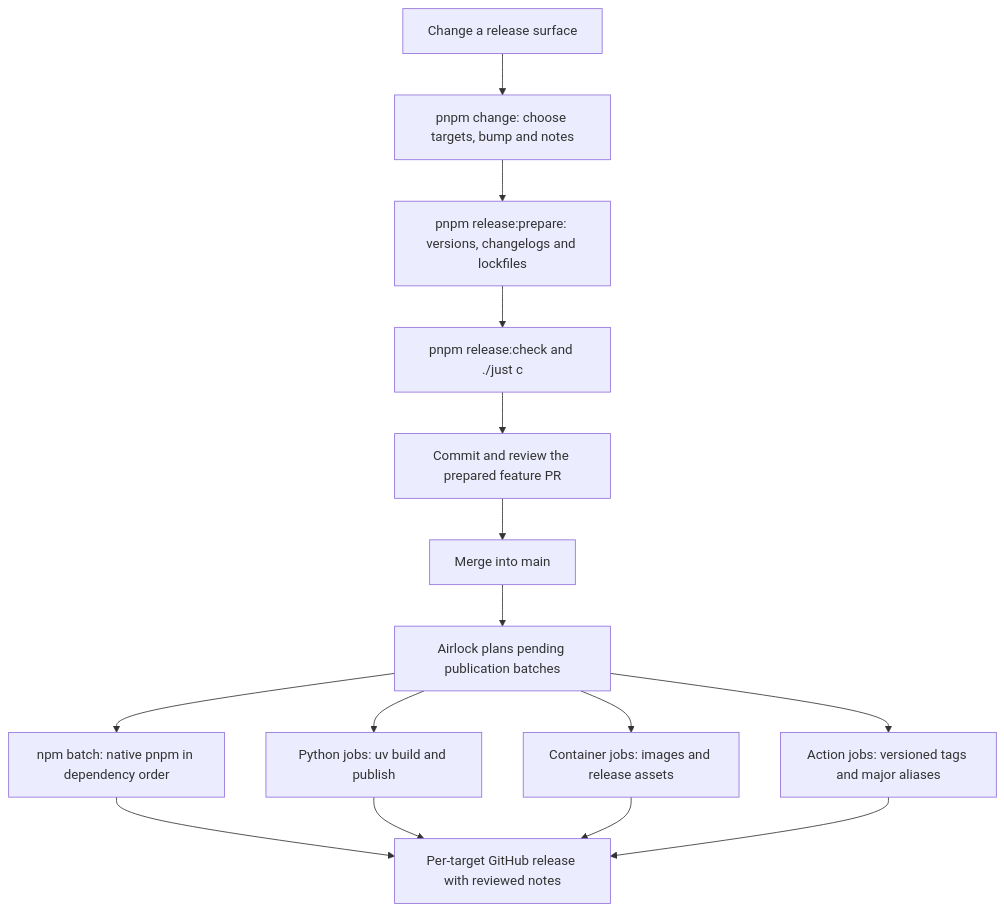
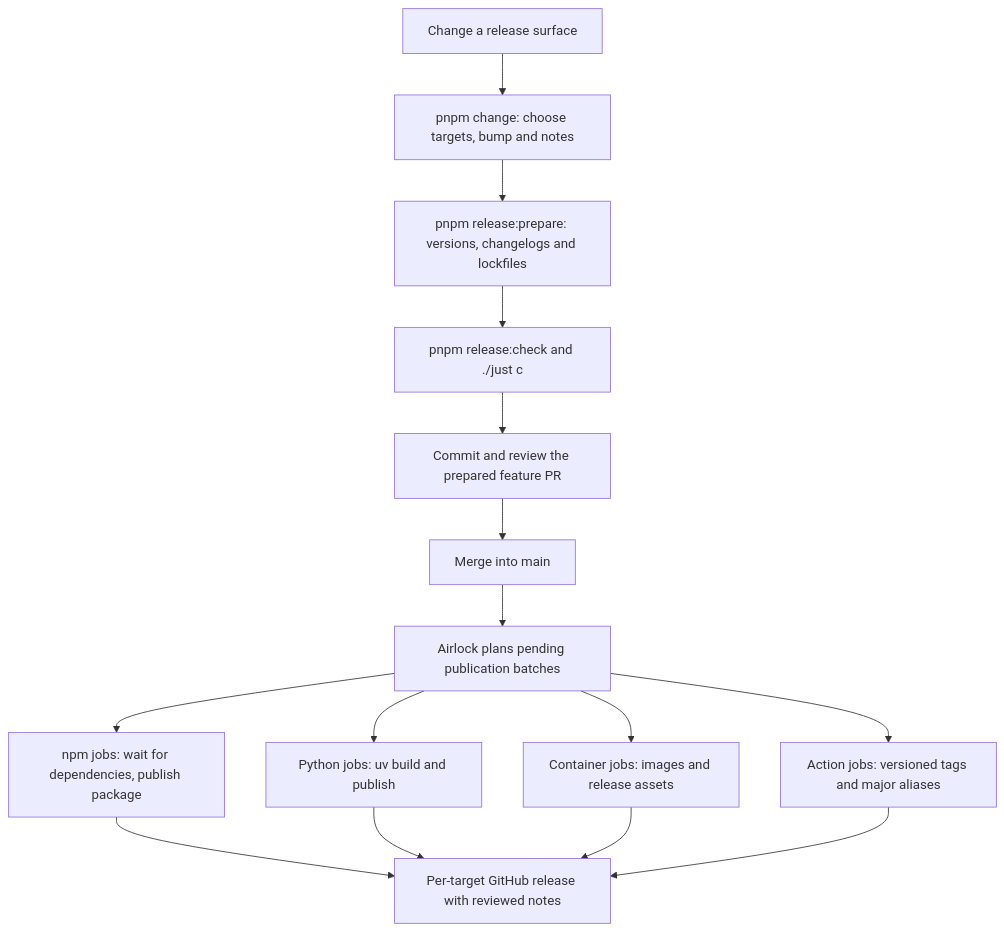
One commit to zyplux/zyplux changed the diagram in apps/airlock/README.md. Above: the diagram before and after it, drawn with Mermaid. The commit also changed other lines of this file and 38 other files, not shown here.

Commit message:
feat: npm publish each separately respecting deps (#56)

````diff
--- a/apps/airlock/README.md
+++ b/apps/airlock/README.md
@@ -7,17 +7,17 @@
 ```mermaid
 flowchart TD
     Change["Change a release surface"] --> Intent["pnpm change: choose targets, bump and notes"]
     Intent --> Prepare["pnpm release:prepare: versions, changelogs and lockfiles"]
     Prepare --> Check["pnpm release:check and ./just c"]
     Check --> Review["Commit and review the prepared feature PR"]
     Review --> Merge["Merge into main"]
     Merge --> Plan["Airlock plans pending publication batches"]
-    Plan --> Npm["npm batch: native pnpm in dependency order"]
+    Plan --> Npm["npm jobs: wait for dependencies, publish package"]
     Plan --> Python["Python jobs: uv build and publish"]
     Plan --> Container["Container jobs: images and release assets"]
     Plan --> Action["Action jobs: versioned tags and major aliases"]
     Npm --> Github["Per-target GitHub release with reviewed notes"]
     Python --> Github
     Container --> Github
     Action --> Github
 ```
````
